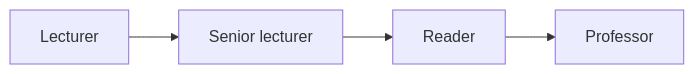
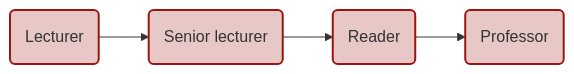
The third of 3 diagrams in content/resource/grad-FAQ/before/research.md (paytonrodman/paytonrodman.github.io), drawn with Mermaid before and after one commit. The commit also changed other lines of this file, not shown here.

````diff
--- a/content/resource/grad-FAQ/before/research.md
+++ b/content/resource/grad-FAQ/before/research.md
@@ -118,6 +122,8 @@
 ```mermaid
 graph LR;
-  A[Lecturer]-->B[Senior lecturer];
-  B[Senior lecturer]-->C[Reader];
-  C[Reader]-->D[Professor];
+  A(Lecturer)-->B(Senior lecturer);
+  B(Senior lecturer)-->C(Reader);
+  C(Reader)-->D(Professor);
+  classDef website fill:#e8c8c7,stroke:#9d1512,stroke-width:2px
+  class A,B,C,D website
 ```
````
